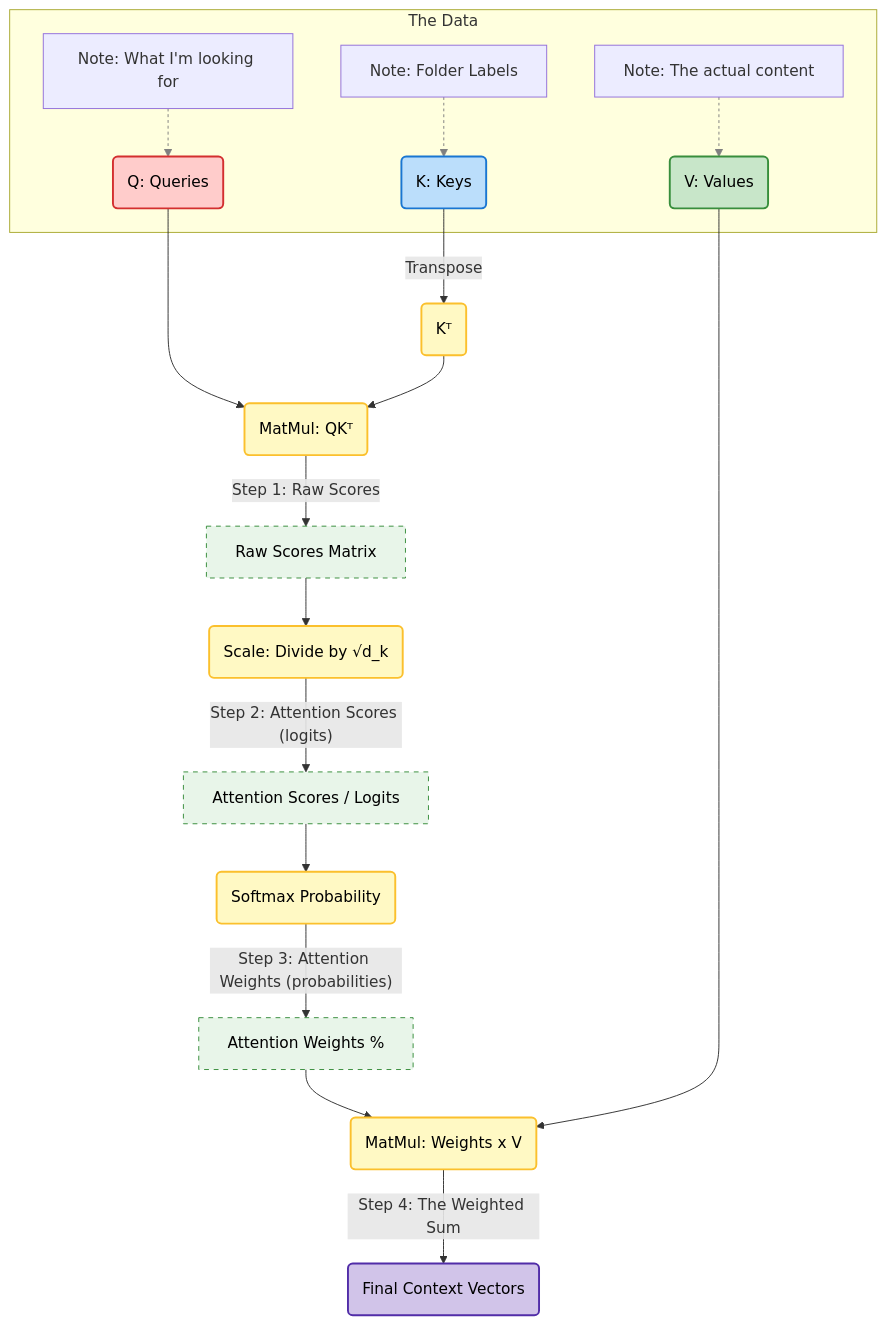
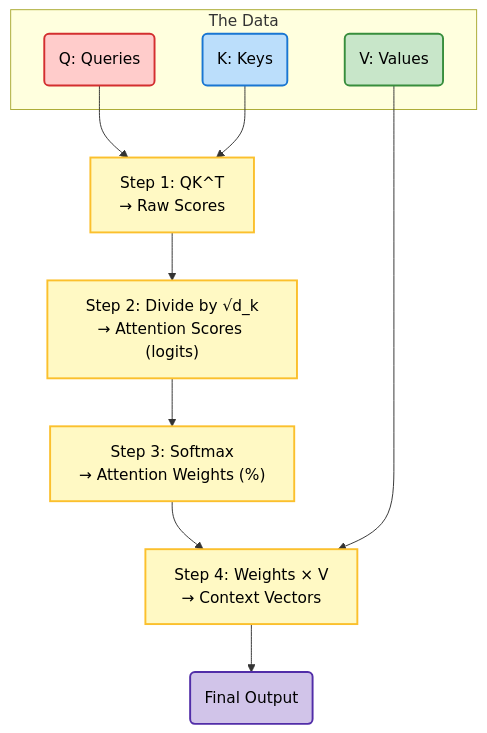
The diagram in ai-eng/llmfs/L03_The_Attention_Mechanism.md (snowch/snowch.github.io), drawn with Mermaid before and after one commit.

Commit message:
Simplify Mermaid diagram: compact version with clear step results
- Removed note annotations (noteQ, noteK, noteV)
- Combined operation + result into single boxes per step
- Reduced from ~15 nodes to 8 nodes for better vertical space
- Each step clearly shows: operation → result

````diff
--- a/ai-eng/llmfs/L03_The_Attention_Mechanism.md
+++ b/ai-eng/llmfs/L03_The_Attention_Mechanism.md
@@ -484,47 +484,32 @@
 ```{mermaid}
 graph TD
     %% --- Styling ---
     classDef input fill:#e1f5fe,stroke:#0288d1,stroke-width:2px,color:black;
-    classDef operation fill:#fff9c4,stroke:#fbc02d,stroke-width:2px,color:black;
-    classDef intermediate fill:#e8f5e9,stroke:#388e3c,stroke-width:1px,stroke-dasharray: 5 5,color:black;
+    classDef step fill:#fff9c4,stroke:#fbc02d,stroke-width:2px,color:black;
     classDef output fill:#d1c4e9,stroke:#512da8,stroke-width:2px,color:black;
 
     %% --- The Inputs ---
     subgraph INPUTS [The Data]
-        %% 1. Define Notes inside so lines don't cross the Title
-        noteQ[Note: What I'm looking for] -.-> Q(Q: Queries):::input
-        noteK[Note: Folder Labels] -.-> K(K: Keys):::input
-        noteV[Note: The actual content] -.-> V(V: Values):::input
+        Q(Q: Queries):::input
+        K(K: Keys):::input
+        V(V: Values):::input
     end
 
-    %% --- Step 1: Scores ---
-    K -- Transpose --> KT(Kᵀ):::operation
-    Q --> MatMul1(MatMul: QKᵀ):::operation
-    KT --> MatMul1
+    %% --- 4 Steps with Clear Results ---
+    Q --> Step1["Step 1: QK^T<br/>→ Raw Scores"]:::step
+    K --> Step1
 
-    MatMul1 -- "Step 1: Raw Scores" --> RawScores[Raw Scores Matrix]:::intermediate
+    Step1 --> Step2["Step 2: Divide by √d_k<br/>→ Attention Scores (logits)"]:::step
 
-    %% --- Step 2: Scaling ---
-    RawScores --> Scale(Scale: Divide by √d_k):::operation
-    Scale -- "Step 2: Attention Scores (logits)" --> ScaledScores[Attention Scores / Logits]:::intermediate
+    Step2 --> Step3["Step 3: Softmax<br/>→ Attention Weights (%)"]:::step
 
-    %% --- Step 3: Softmax ---
-    ScaledScores --> Softmax(Softmax Probability):::operation
-    Softmax -- "Step 3: Attention Weights (probabilities)" --> AttnWeights[Attention Weights %]:::intermediate
+    Step3 --> Step4["Step 4: Weights × V<br/>→ Context Vectors"]:::step
+    V --> Step4
 
-    %% --- Step 4: Weighted Sum ---
-    AttnWeights --> MatMul2(MatMul: Weights x V):::operation
-    V --> MatMul2
+    Step4 --> Output(Final Output):::output
 
-    %% --- Final Output ---
-    MatMul2 -- "Step 4: The Weighted Sum" --> FinalOut(Final Context Vectors):::output
-
-    %% --- Analogy Labels (Optional Helpers) ---
+    %% --- Styling for Q, K, V ---
     style Q fill:#ffcccb,stroke:#d32f2f
     style K fill:#bbdefb,stroke:#1976d2
     style V fill:#c8e6c9,stroke:#388e3c
-
-    %% --- Link Styling ---
-    %% Updated indices to 0,1,2 because the Note links are now defined first (at the top)
-    linkStyle 0,1,2 stroke-width:1px,fill:none,stroke:gray,stroke-dasharray: 3 3;
 ```
````
